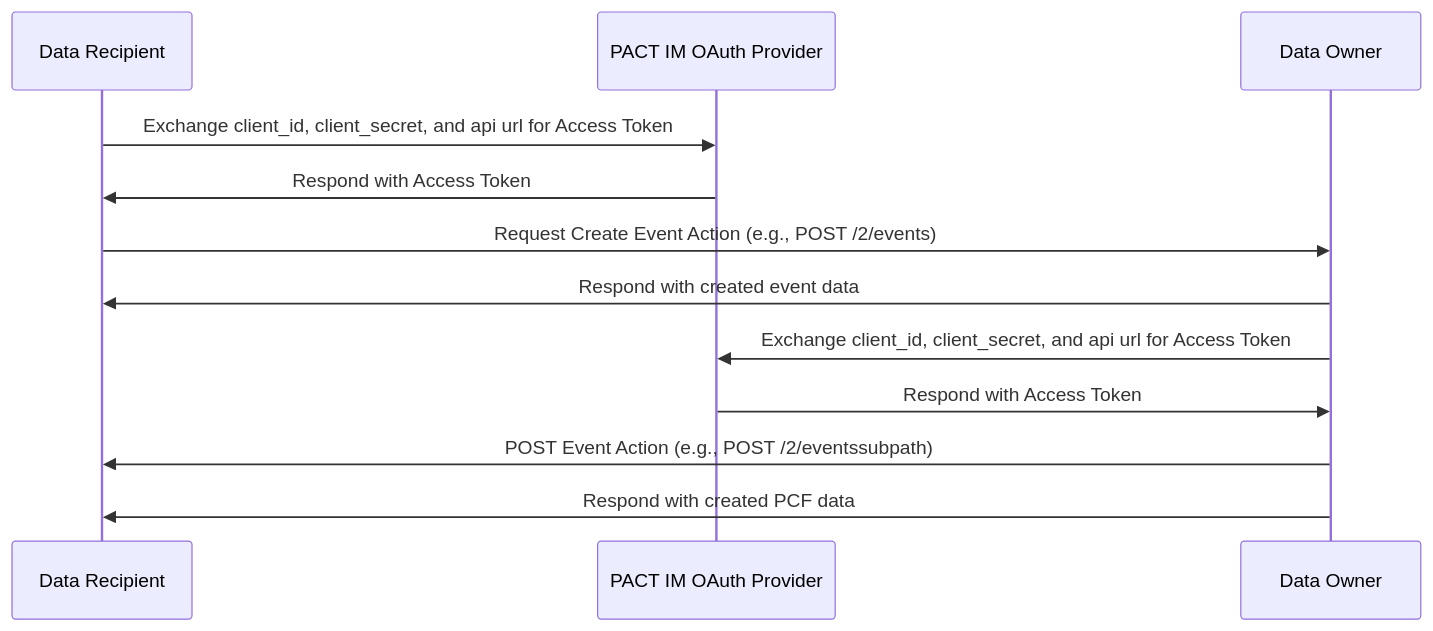
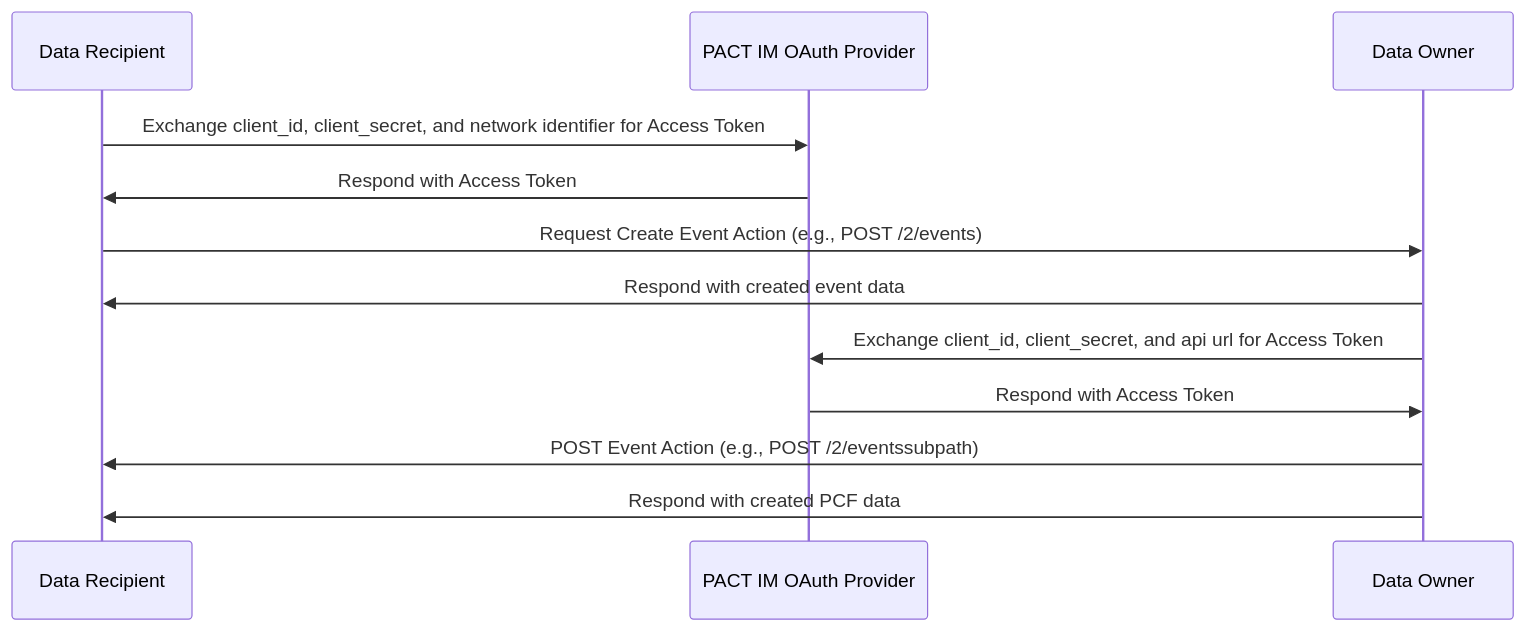
Before and after one commit to wbcsd/pact-directory-service: the third of 4 diagrams in docs/diagrams.md, drawn with Mermaid. The commit also changed other lines of this file and 2 other files, not shown here.

Commit message:
update diagrams

````diff
--- a/docs/diagrams.md
+++ b/docs/diagrams.md
@@ -32,18 +32,18 @@
 ```mermaid
 sequenceDiagram
     participant Client as Data Recipient
     participant OAuthProvider as PACT IM OAuth Provider
     participant API as Data Owner
 
-    Client->>OAuthProvider: Exchange client_id, client_secret, and api url for Access Token
+    Client->>OAuthProvider: Exchange client_id, client_secret, and network identifier for Access Token
     OAuthProvider->>Client: Respond with Access Token
 
     Client->>API: Request Create Event Action (e.g., POST /2/events)
     API->>Client: Respond with created event data
 
     API->>OAuthProvider: Exchange client_id, client_secret, and api url for Access Token
     OAuthProvider->>API: Respond with Access Token
 
     API->>Client: POST Event Action (e.g., POST /2/eventssubpath)
     API->>Client: Respond with created PCF data
 ```
````
